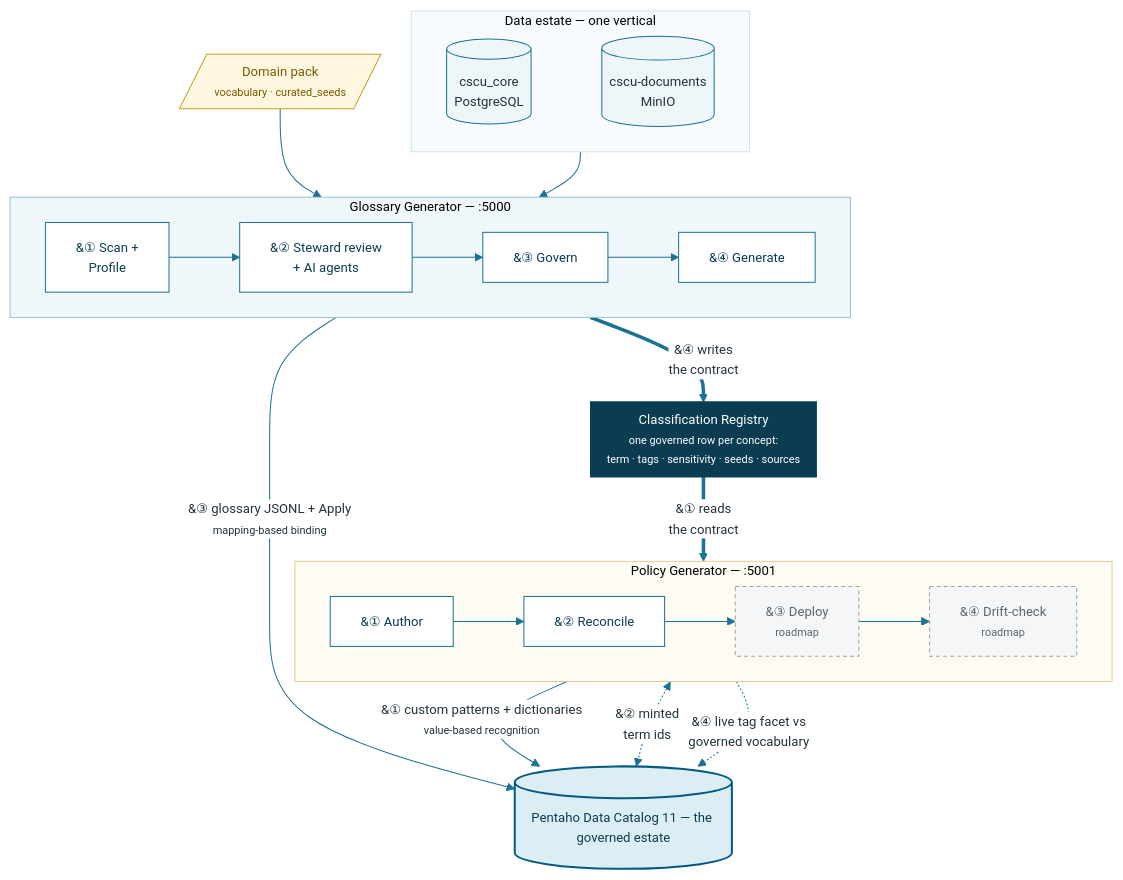
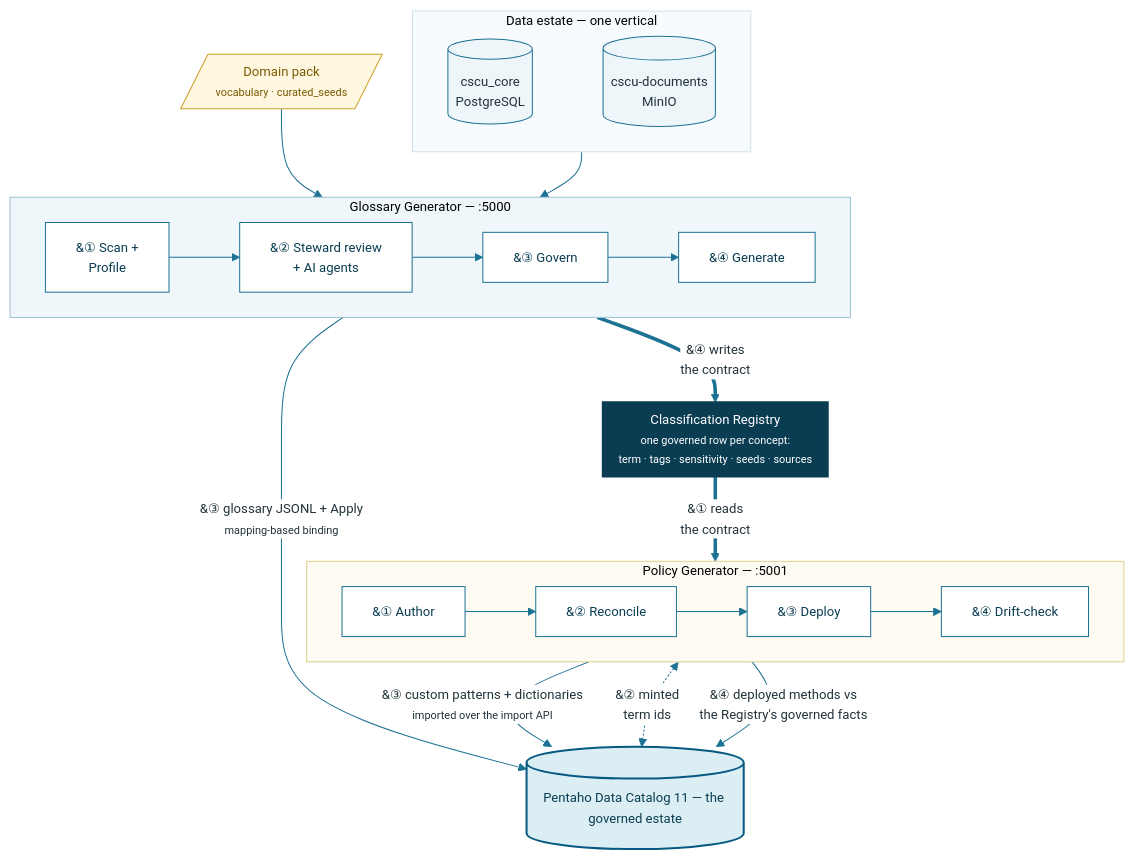
Before and after one commit to jporeilly/PDC-Policy-Generator: the first of 3 diagrams in README.md, drawn with Mermaid. The commit also changed other lines of this file and 24 other files, not shown here.

First line of the commit message:
1.8.0 - Deploy + Drift-check: the full lifecycle, live-verified

````diff
--- a/README.md
+++ b/README.md
@@ -53,42 +55,40 @@
 ```mermaid
 %%{init: {'theme':'base','themeVariables':{'primaryColor':'#EEF6FA','primaryBorderColor':'#1C7293','primaryTextColor':'#22333B','lineColor':'#1C7293','fontFamily':'Segoe UI, sans-serif','fontSize':'13px','clusterBkg':'#F7FBFD','clusterBorder':'#CFE3EC','edgeLabelBackground':'#FFFFFF'},'flowchart':{'curve':'basis','nodeSpacing':30,'rankSpacing':45}}}%%
 flowchart TB
     PACK[/"Domain pack<br/><small>vocabulary &middot; curated_seeds</small>"/]
     subgraph EST["Data estate &mdash; one vertical"]
         direction LR
         DB[("cscu_core<br/>PostgreSQL")] ~~~ DOC[("cscu-documents<br/>MinIO")]
     end
     subgraph GG["Glossary Generator &mdash; :5000"]
         direction LR
         SCAN["&#9312; Scan +<br/>Profile"] --> REV["&#9313; Steward review<br/>+ AI agents"] --> GOV["&#9314; Govern"] --> GEN["&#9315; Generate"]
     end
     REG[["Classification Registry<br/><small>one governed row per concept:<br/>term &middot; tags &middot; sensitivity &middot; seeds &middot; sources</small>"]]
     subgraph PG["Policy Generator &mdash; :5001"]
         direction LR
-        AUT["&#9312; Author"] --> RECON["&#9313; Reconcile"] --> DEPL["&#9314; Deploy<br/><small>roadmap</small>"] --> DRIFT["&#9315; Drift-check<br/><small>roadmap</small>"]
+        AUT["&#9312; Author"] --> RECON["&#9313; Reconcile"] --> DEPL["&#9314; Deploy"] --> DRIFT["&#9315; Drift-check"]
     end
     PDC[("Pentaho Data Catalog 11 &mdash; the governed estate")]
 
     PACK --> GG
     EST --> GG
     GG == "&#9315; writes<br/>the contract" ==> REG
     REG == "&#9312; reads<br/>the contract" ==> PG
     GG -- "&#9314; glossary JSONL + Apply<br/><small>mapping-based binding</small>" --> PDC
-    PG -- "&#9312; custom patterns + dictionaries<br/><small>value-based recognition</small>" --> PDC
+    PG -- "&#9314; custom patterns + dictionaries<br/><small>imported over the import API</small>" --> PDC
     PG <-. "&#9313; minted<br/>term ids" .-> PDC
-    PG -. "&#9315; live tag facet vs<br/>governed vocabulary" .-> PDC
+    PG -- "&#9315; deployed methods vs<br/>the Registry's governed facts" --> PDC
 
     style GG fill:#EFF7FA,stroke:#9CC4D4
     style PG fill:#FDFBF2,stroke:#DFCE8F
     style EST fill:#F7FBFD,stroke:#CFE3EC
     classDef contract fill:#0A3D52,color:#fff,stroke:#0A3D52,stroke-width:2px
     classDef pdc fill:#DBEEF3,stroke:#065A82,color:#0A3D52,stroke-width:2px
-    classDef roadmap fill:#F4F6F7,stroke:#9AA5AB,color:#5B6770,stroke-dasharray:4 3
     classDef pack fill:#FFF7E0,stroke:#C9A227,color:#7A5A00
     classDef stage fill:#FFFFFF,stroke:#1C7293,color:#0A3D52
     class REG contract
     class PDC pdc
-    class DEPL,DRIFT roadmap
     class PACK pack
-    class SCAN,REV,GOV,GEN,AUT,RECON stage
+    class SCAN,REV,GOV,GEN,AUT,RECON,DEPL,DRIFT stage
 ```
````
